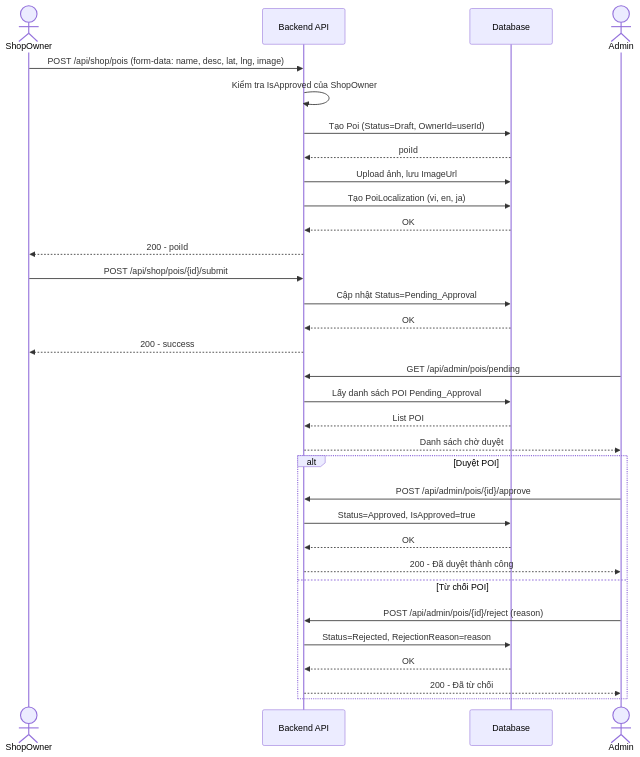
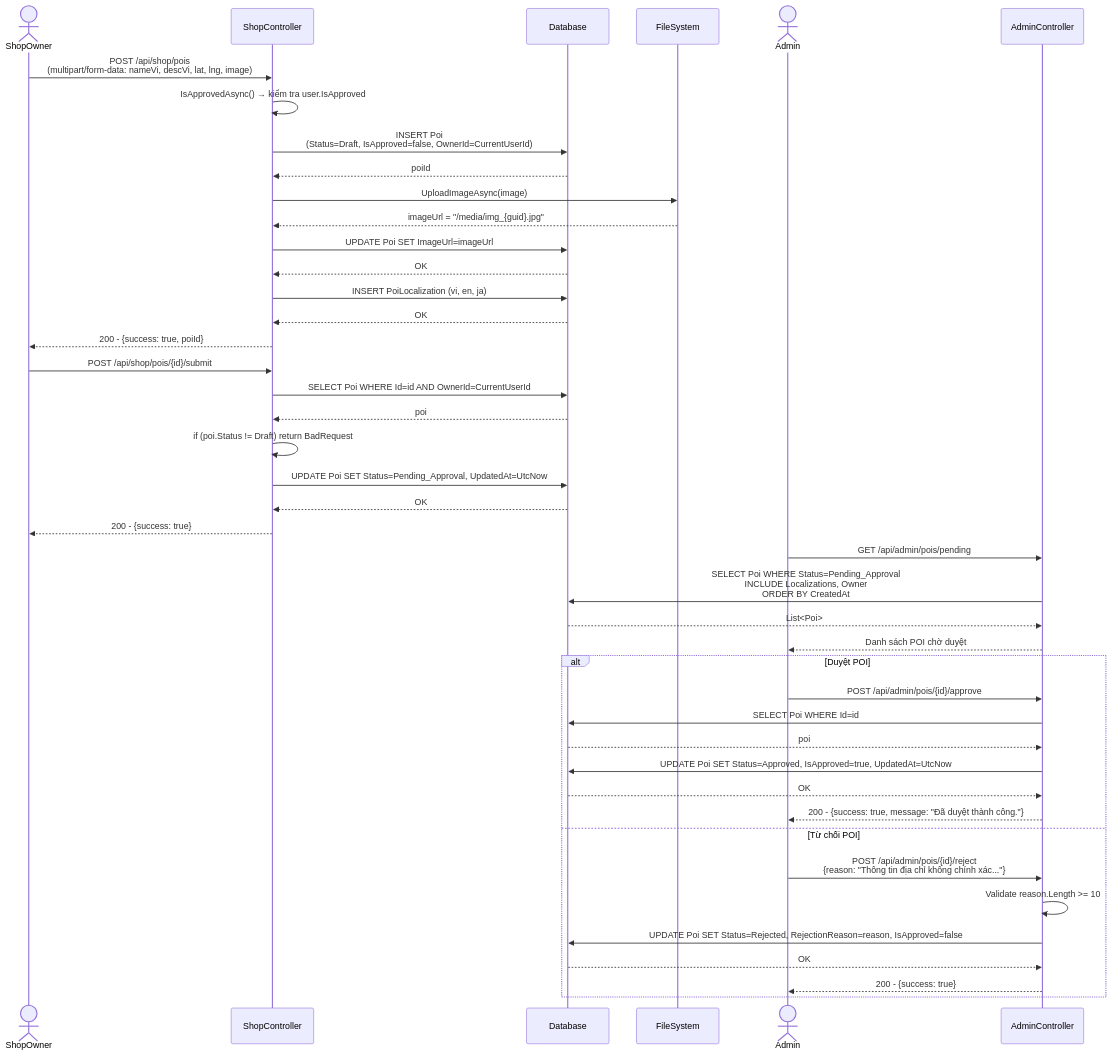
One commit to phamquyet47204/C-Sharp changed the fifth of 17 diagrams in README.md. Above: the diagram before and after it, drawn with Mermaid. The commit also changed other lines of this file, not shown here.

````diff
--- a/README.md
+++ b/README.md
@@ -444,38 +822,49 @@
 ```mermaid
 sequenceDiagram
   actor ShopOwner
-  participant API as Backend API
+  participant ShopController
   participant DB as Database
+  participant FileSystem
   actor Admin
+  participant AdminController
 
-  ShopOwner->>API: POST /api/shop/pois (form-data: name, desc, lat, lng, image)
-  API->>API: Kiểm tra IsApproved của ShopOwner
-  API->>DB: Tạo Poi (Status=Draft, OwnerId=userId)
-  DB-->>API: poiId
-  API->>DB: Upload ảnh, lưu ImageUrl
-  API->>DB: Tạo PoiLocalization (vi, en, ja)
-  DB-->>API: OK
-  API-->>ShopOwner: 200 - poiId
+  ShopOwner->>ShopController: POST /api/shop/pois<br/>(multipart/form-data: nameVi, descVi, lat, lng, image)
+  ShopController->>ShopController: IsApprovedAsync() → kiểm tra user.IsApproved
+  ShopController->>DB: INSERT Poi<br/>(Status=Draft, IsApproved=false, OwnerId=CurrentUserId)
+  DB-->>ShopController: poiId
+  ShopController->>FileSystem: UploadImageAsync(image)
+  FileSystem-->>ShopController: imageUrl = "/media/img_{guid}.jpg"
+  ShopController->>DB: UPDATE Poi SET ImageUrl=imageUrl
+  DB-->>ShopController: OK
+  ShopController->>DB: INSERT PoiLocalization (vi, en, ja)
+  DB-->>ShopController: OK
+  ShopController-->>ShopOwner: 200 - {success: true, poiId}
 
-  ShopOwner->>API: POST /api/shop/pois/{id}/submit
-  API->>DB: Cập nhật Status=Pending_Approval
-  DB-->>API: OK
-  API-->>ShopOwner: 200 - success
+  ShopOwner->>ShopController: POST /api/shop/pois/{id}/submit
+  ShopController->>DB: SELECT Poi WHERE Id=id AND OwnerId=CurrentUserId
+  DB-->>ShopController: poi
+  ShopController->>ShopController: if (poi.Status != Draft) return BadRequest
+  ShopController->>DB: UPDATE Poi SET Status=Pending_Approval, UpdatedAt=UtcNow
+  DB-->>ShopController: OK
+  ShopController-->>ShopOwner: 200 - {success: true}
 
-  Admin->>API: GET /api/admin/pois/pending
-  API->>DB: Lấy danh sách POI Pending_Approval
-  DB-->>API: List POI
-  API-->>Admin: Danh sách chờ duyệt
+  Admin->>AdminController: GET /api/admin/pois/pending
+  AdminController->>DB: SELECT Poi WHERE Status=Pending_Approval<br/>INCLUDE Localizations, Owner<br/>ORDER BY CreatedAt
+  DB-->>AdminController: List<Poi>
+  AdminController-->>Admin: Danh sách POI chờ duyệt
 
   alt Duyệt POI
-    Admin->>API: POST /api/admin/pois/{id}/approve
-    API->>DB: Status=Approved, IsApproved=true
-    DB-->>API: OK
-    API-->>Admin: 200 - Đã duyệt thành công
+    Admin->>AdminController: POST /api/admin/pois/{id}/approve
+    AdminController->>DB: SELECT Poi WHERE Id=id
+    DB-->>AdminController: poi
+    AdminController->>DB: UPDATE Poi SET Status=Approved, IsApproved=true, UpdatedAt=UtcNow
+    DB-->>AdminController: OK
+    AdminController-->>Admin: 200 - {success: true, message: "Đã duyệt thành công."}
   else Từ chối POI
-    Admin->>API: POST /api/admin/pois/{id}/reject (reason)
-    API->>DB: Status=Rejected, RejectionReason=reason
-    DB-->>API: OK
-    API-->>Admin: 200 - Đã từ chối
+    Admin->>AdminController: POST /api/admin/pois/{id}/reject<br/>{reason: "Thông tin địa chỉ không chính xác..."}
+    AdminController->>AdminController: Validate reason.Length >= 10
+    AdminController->>DB: UPDATE Poi SET Status=Rejected, RejectionReason=reason, IsApproved=false
+    DB-->>AdminController: OK
+    AdminController-->>Admin: 200 - {success: true}
   end
 ```
````
